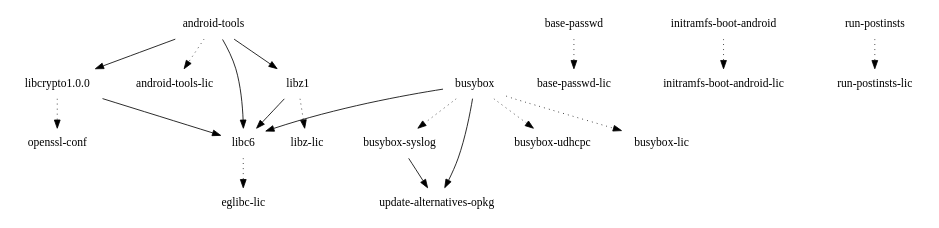
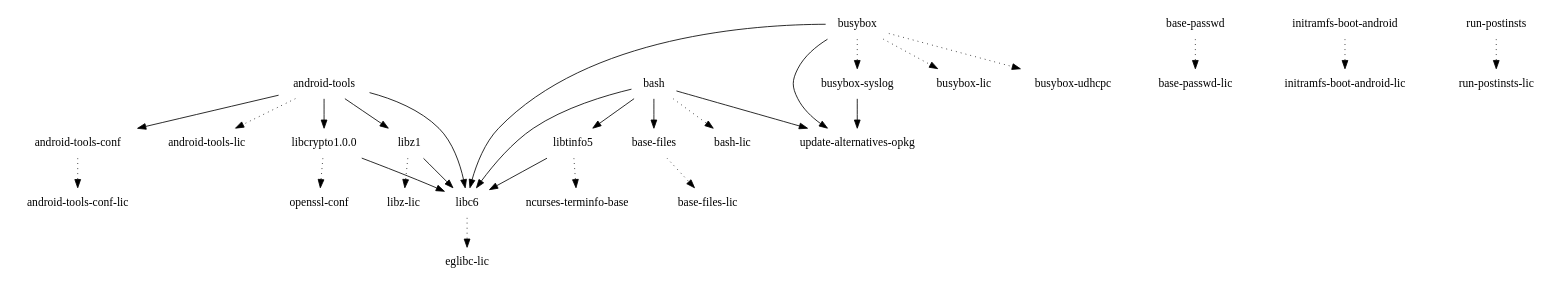
Before and after one commit to webOS-ports/buildhistory: the diagram in images/maguro/eglibc/initramfs-android-image/depends-nokernel.dot, drawn with Graphviz. The commit also changed 11 other files, not shown here.

```diff
--- a/images/maguro/eglibc/initramfs-android-image/depends-nokernel.dot
+++ b/images/maguro/eglibc/initramfs-android-image/depends-nokernel.dot
@@ -1,21 +1,31 @@
 digraph depends {
     node [shape=plaintext]
+"android-tools" -> "android-tools-conf";
 "android-tools" -> "android-tools-lic" [style=dotted];
 "android-tools" -> "libc6";
 "android-tools" -> "libcrypto1.0.0";
 "android-tools" -> "libz1";
+"android-tools-conf" -> "android-tools-conf-lic" [style=dotted];
+"base-files" -> "base-files-lic" [style=dotted];
 "base-passwd" -> "base-passwd-lic" [style=dotted];
+"bash" -> "base-files";
+"bash" -> "bash-lic" [style=dotted];
+"bash" -> "libc6";
+"bash" -> "libtinfo5";
+"bash" -> "update-alternatives-opkg";
 "busybox" -> "busybox-lic" [style=dotted];
 "busybox" -> "busybox-syslog" [style=dotted];
 "busybox" -> "busybox-udhcpc" [style=dotted];
 "busybox" -> "libc6";
 "busybox" -> "update-alternatives-opkg";
 "busybox-syslog" -> "update-alternatives-opkg";
 "initramfs-boot-android" -> "initramfs-boot-android-lic" [style=dotted];
 "libc6" -> "eglibc-lic" [style=dotted];
 "libcrypto1.0.0" -> "libc6";
 "libcrypto1.0.0" -> "openssl-conf" [style=dotted];
+"libtinfo5" -> "libc6";
+"libtinfo5" -> "ncurses-terminfo-base" [style=dotted];
 "libz1" -> "libc6";
 "libz1" -> "libz-lic" [style=dotted];
 "run-postinsts" -> "run-postinsts-lic" [style=dotted];
 }
```
